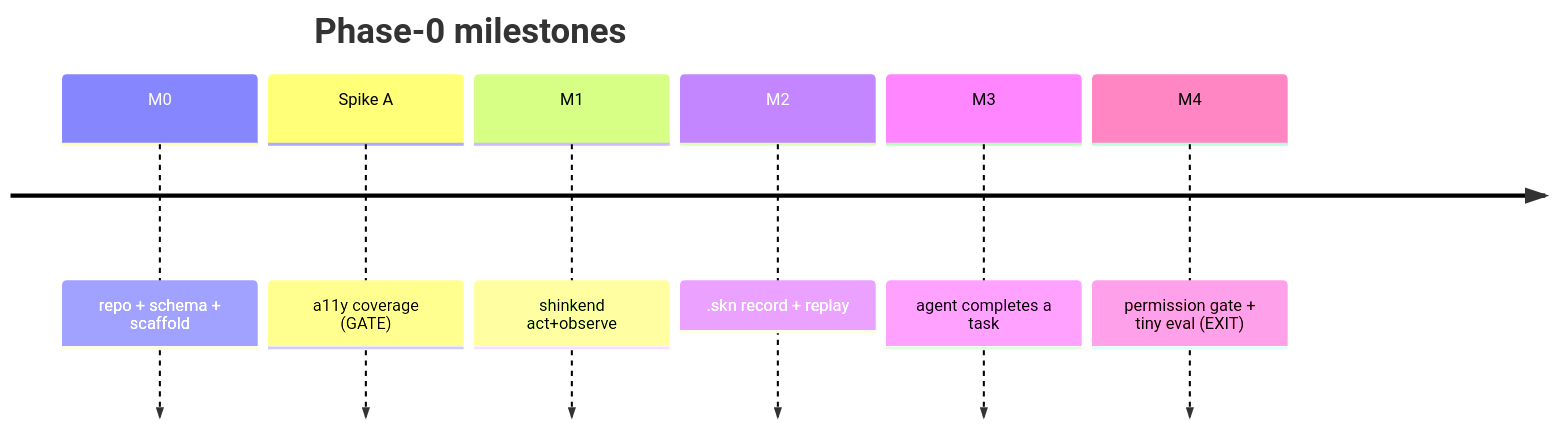
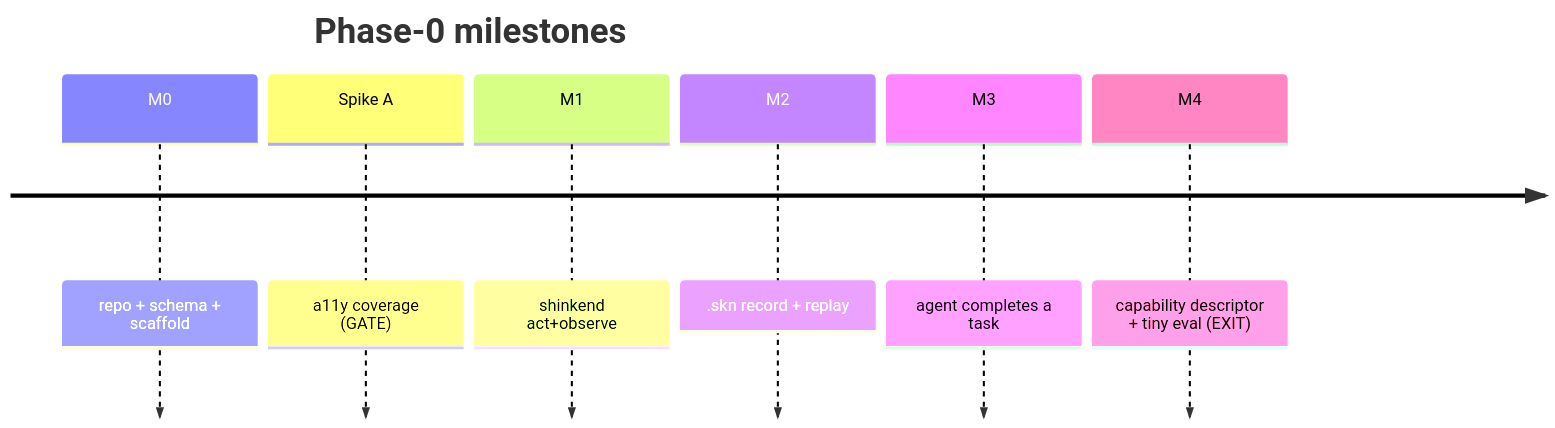
The third of 3 diagrams in docs/10-phase0-plan.md (Meirtz/Shinken), drawn with Mermaid before and after one commit. The commit also changed other lines of this file and 12 other files, not shown here.

````diff
--- a/docs/10-phase0-plan.md
+++ b/docs/10-phase0-plan.md
@@ -148,10 +148,10 @@
 ```mermaid
 timeline
     title Phase-0 milestones
     M0 : repo + schema + scaffold
     Spike A : a11y coverage (GATE)
     M1 : shinkend act+observe
     M2 : .skn record + replay
     M3 : agent completes a task
-    M4 : permission gate + tiny eval (EXIT)
+    M4 : capability descriptor + tiny eval (EXIT)
 ```
````
